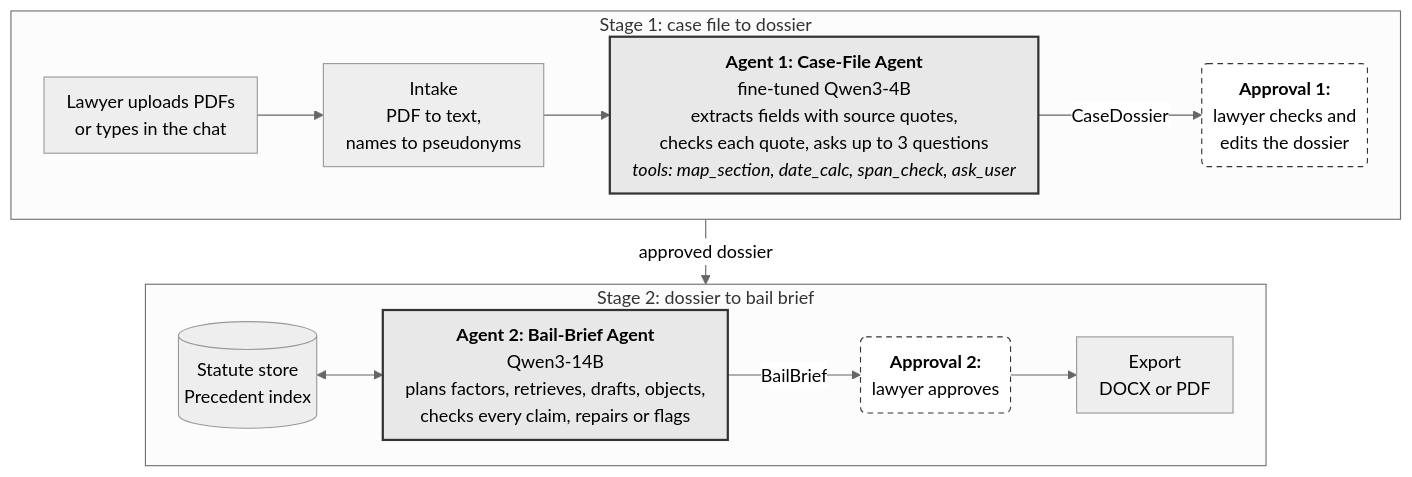
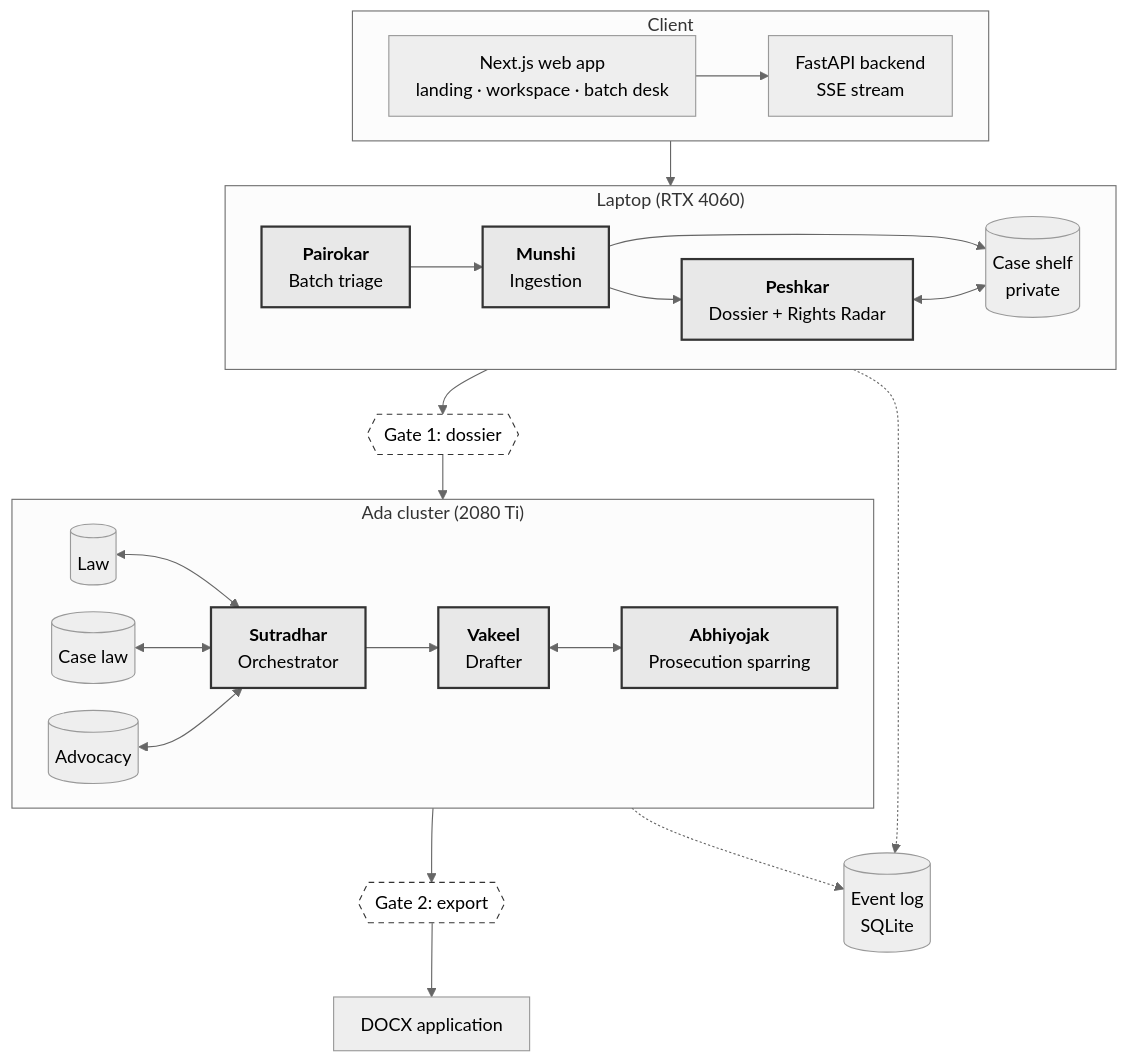
Before and after one commit to vishakkashyapk30/lma-group-project: the diagram in docs/proposal/proposal.md, drawn with Mermaid. The commit also changed other lines of this file and 5 other files, not shown here.

Commit message:
Update proposal to v5 with new architecture diagram

````diff
--- a/docs/proposal/proposal.md
+++ b/docs/proposal/proposal.md
@@ -92,24 +96,48 @@
 ```mermaid
-%%{init: {"theme": "neutral", "flowchart": {"wrappingWidth": 360, "nodeSpacing": 26, "rankSpacing": 34, "padding": 10}}}%%
+%%{init: {"theme": "neutral", "flowchart": {"wrappingWidth": 400, "nodeSpacing": 24, "rankSpacing": 40, "padding": 12}}}%%
 flowchart TB
-  subgraph S1["Stage 1: case file to dossier"]
+  subgraph CLI["Client"]
     direction LR
-    U["Lawyer uploads PDFs<br/>or types in the chat"] --> I["Intake<br/>PDF to text,<br/>names to pseudonyms"]
-    I --> A1["<b>Agent 1: Case-File Agent</b><br/>fine-tuned Qwen3-4B<br/>extracts fields with source quotes,<br/>checks each quote, asks up to 3 questions<br/><i>tools: map_section, date_calc, span_check, ask_user</i>"]
-    A1 -->|CaseDossier| G1("<b>Approval 1:</b><br/>lawyer checks and<br/>edits the dossier")
+    UI["Next.js web app<br/>landing · workspace · batch desk"] --> API["FastAPI backend<br/>SSE stream"]
   end
 
-  S1 -->|approved dossier| S2
+  subgraph LAP["Laptop (RTX 4060)"]
+    direction LR
+    PA["<b>Pairokar</b><br/>Batch triage"] --> MU["<b>Munshi</b><br/>Ingestion"]
+    MU --> PE["<b>Peshkar</b><br/>Dossier + Rights Radar"]
+    MU --> CASE[("Case shelf<br/>private")]
+    PE <--> CASE
+  end
 
-  subgraph S2["Stage 2: dossier to bail brief"]
+  G1{{"Gate 1: dossier"}}
+
+  subgraph ADA["Ada cluster (2080 Ti)"]
     direction LR
-    R[("Statute store<br/>Precedent index")] <--> A2["<b>Agent 2: Bail-Brief Agent</b><br/>Qwen3-14B<br/>plans factors, retrieves, drafts, objects,<br/>checks every claim, repairs or flags"]
-    A2 -->|BailBrief| G2("<b>Approval 2:</b><br/>lawyer approves")
-    G2 --> E["Export<br/>DOCX or PDF"]
+    LAW[("Law")]
+    CL[("Case law")]
+    ADV[("Advocacy")]
+    SU["<b>Sutradhar</b><br/>Orchestrator"]
+    VA["<b>Vakeel</b><br/>Drafter"]
+    AB["<b>Abhiyojak</b><br/>Prosecution sparring"]
+    LAW <--> SU
+    CL <--> SU
+    ADV <--> SU
+    SU --> VA
+    VA <--> AB
   end
+
+  G2{{"Gate 2: export"}}
+  OUT["DOCX application"]
+  LOG[("Event log<br/>SQLite")]
+
+  API --> LAP
+  LAP --> G1 --> ADA
+  ADA --> G2 --> OUT
+  LAP -.-> LOG
+  ADA -.-> LOG
 
   classDef agent fill:#e8e8e8,stroke:#333,stroke-width:2px;
   classDef gate fill:#ffffff,stroke:#333,stroke-dasharray:5 4;
-  class A1,A2 agent;
+  class MU,PE,SU,VA,AB,PA agent;
   class G1,G2 gate;
 ```
````
